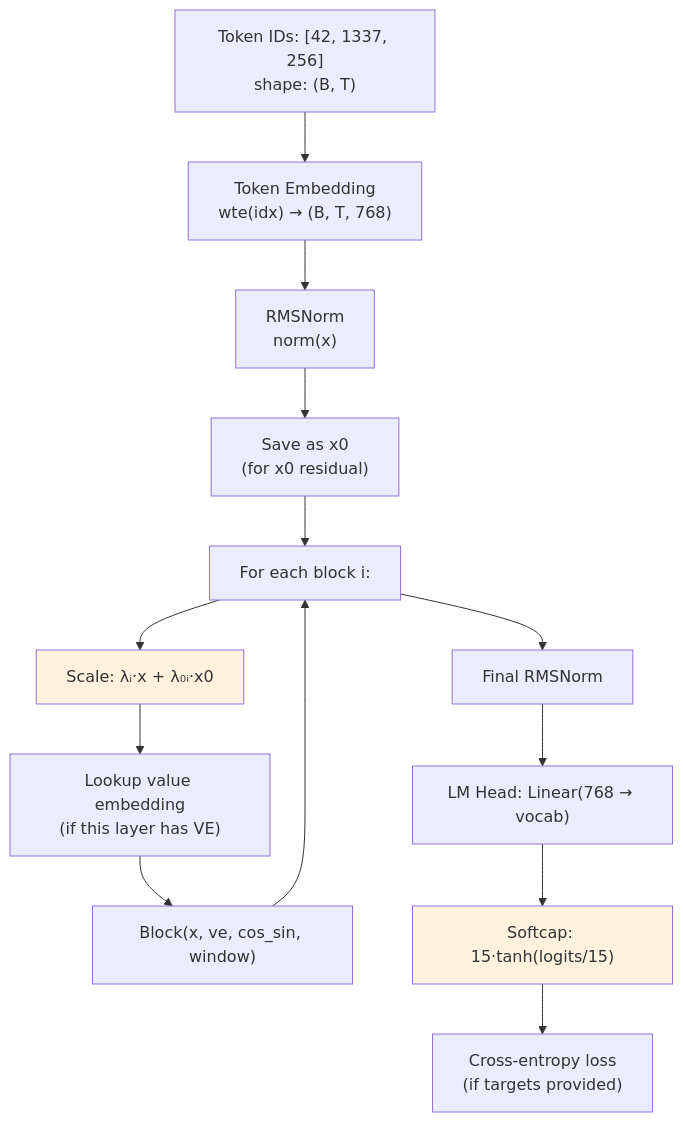
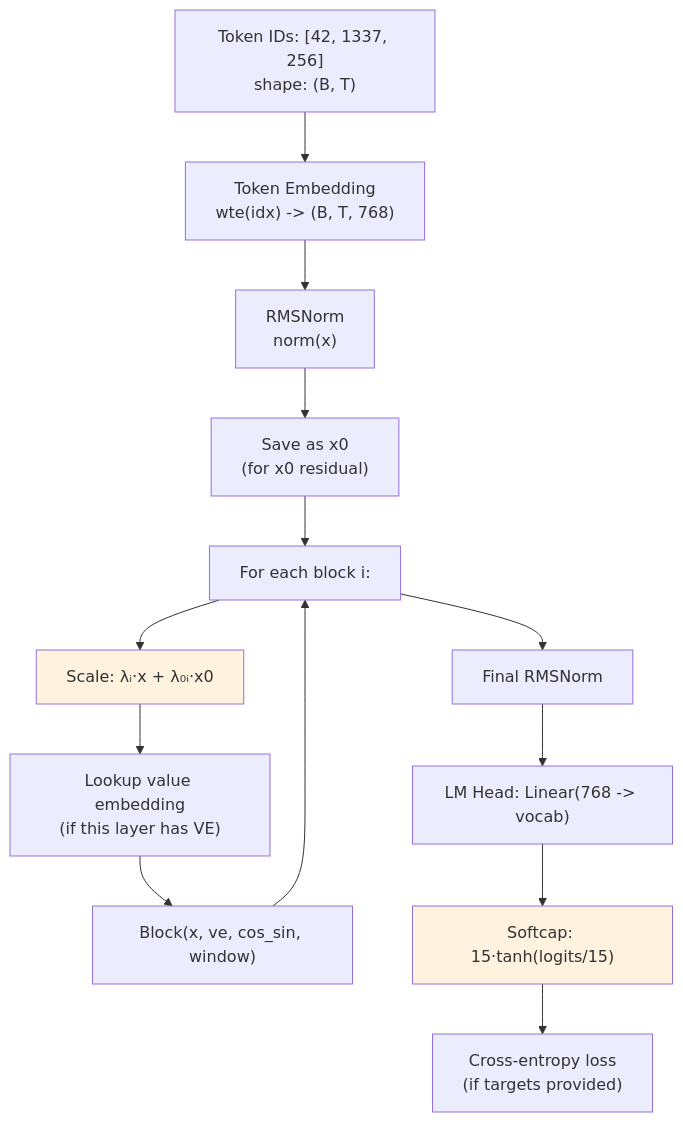
The sixth of 8 diagrams in learn/02_gpt_model.md (meever/nanochat), drawn with Mermaid before and after one commit. The commit also changed other lines of this file and 11 other files, not shown here.

````diff
--- a/learn/02_gpt_model.md
+++ b/learn/02_gpt_model.md
@@ -303,18 +303,18 @@
 ```mermaid
 flowchart TD
-  A["Token IDs: [42, 1337, 256]\nshape: (B, T)"] --> B["Token Embedding\nwte(idx) → (B, T, 768)"]
+  A["Token IDs: [42, 1337, 256]\nshape: (B, T)"] --> B["Token Embedding\nwte(idx) -> (B, T, 768)"]
   B --> C["RMSNorm\nnorm(x)"]
   C --> D["Save as x0\n(for x0 residual)"]
   D --> E["For each block i:"]
   E --> F["Scale: λᵢ·x + λ₀ᵢ·x0"]
   F --> G["Lookup value embedding\n(if this layer has VE)"]
   G --> H["Block(x, ve, cos_sin, window)"]
   H --> E
   E --> I["Final RMSNorm"]
-  I --> J["LM Head: Linear(768 → vocab)"]
+  I --> J["LM Head: Linear(768 -> vocab)"]
   J --> K["Softcap: 15·tanh(logits/15)"]
   K --> L["Cross-entropy loss\n(if targets provided)"]
 
   style F fill:#fff3e0
   style K fill:#fff3e0
 ```
````
